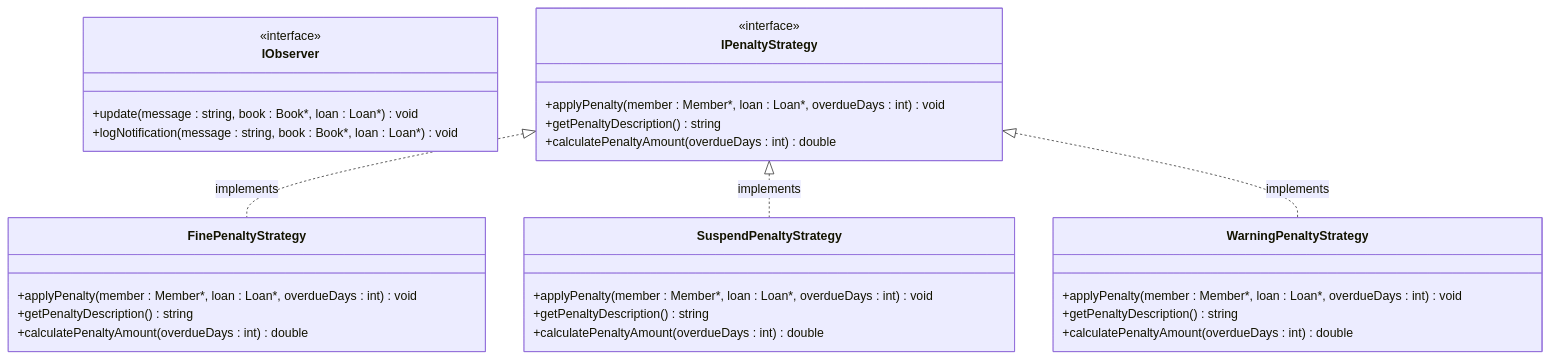
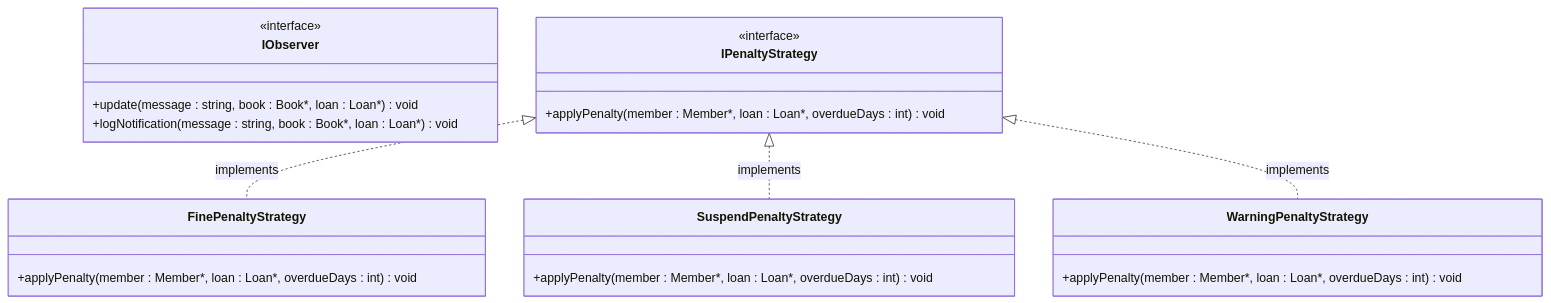
Diagram 16 of 28 in docs/report.md (DankDaPancake/LibraryManagementSystem), drawn with Mermaid before and after one commit. The commit also changed other lines of this file, not shown here.

````diff
--- a/docs/report.md
+++ b/docs/report.md
@@ -1477,38 +1362,30 @@
 ```mermaid
 classDiagram
     class IObserver {
         <<interface>>
         +update(message : string, book : Book*, loan : Loan*) void
         +logNotification(message : string, book : Book*, loan : Loan*) void
     }
     
     class IPenaltyStrategy {
         <<interface>>
         +applyPenalty(member : Member*, loan : Loan*, overdueDays : int) void
-        +getPenaltyDescription() string
-        +calculatePenaltyAmount(overdueDays : int) double
     }
     
     class FinePenaltyStrategy {
         +applyPenalty(member : Member*, loan : Loan*, overdueDays : int) void
-        +getPenaltyDescription() string
-        +calculatePenaltyAmount(overdueDays : int) double
     }
     
     class SuspendPenaltyStrategy {
         +applyPenalty(member : Member*, loan : Loan*, overdueDays : int) void
-        +getPenaltyDescription() string
-        +calculatePenaltyAmount(overdueDays : int) double
     }
     
     class WarningPenaltyStrategy {
         +applyPenalty(member : Member*, loan : Loan*, overdueDays : int) void
-        +getPenaltyDescription() string
-        +calculatePenaltyAmount(overdueDays : int) double
     }
     
     %% Relationships
     IPenaltyStrategy <|.. FinePenaltyStrategy : implements
     IPenaltyStrategy <|.. SuspendPenaltyStrategy : implements
     IPenaltyStrategy <|.. WarningPenaltyStrategy : implements
 ```
````
